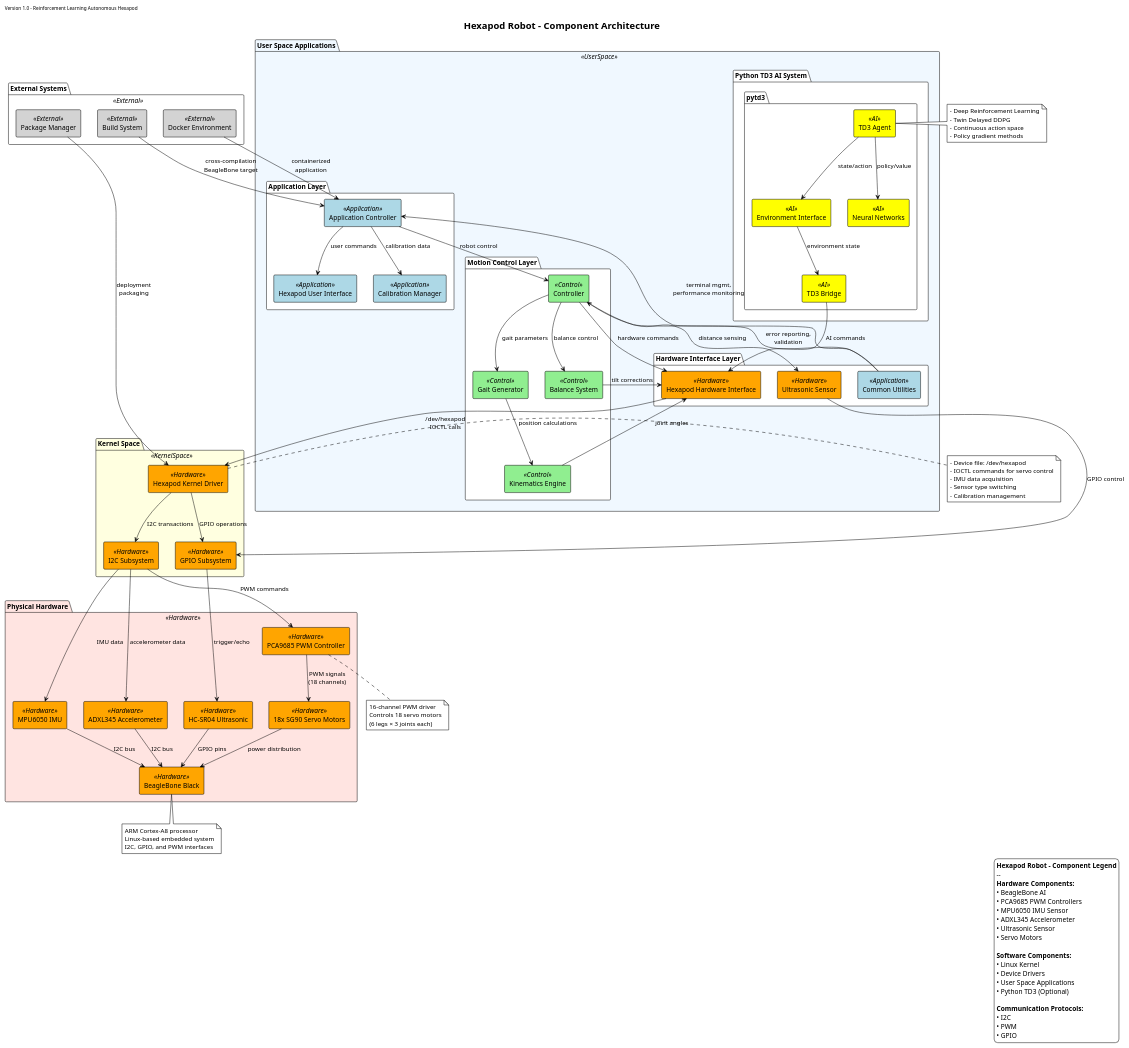
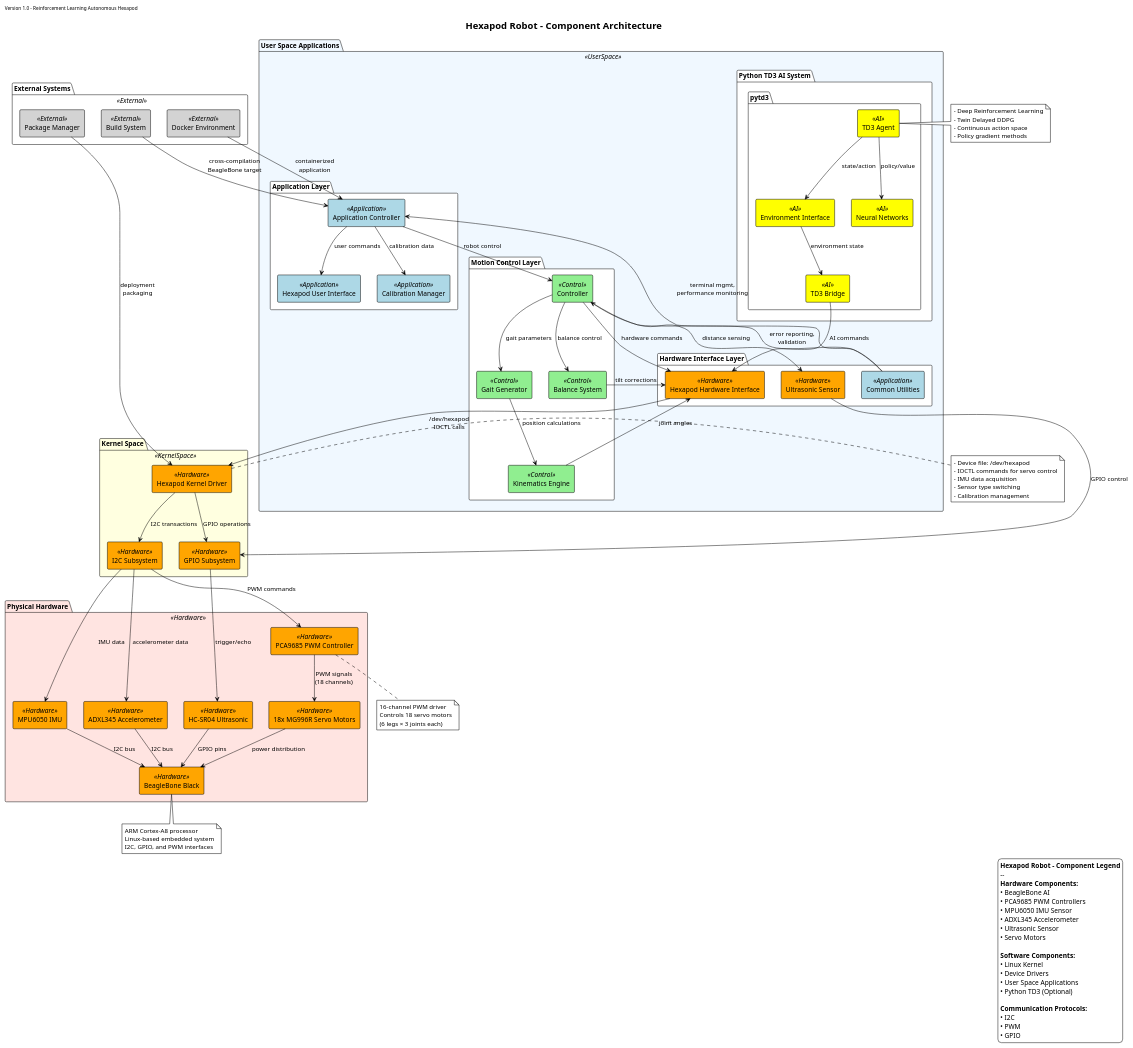
Before and after one commit to NguyenTrongPhuc552003/reinforcement-automative-hexapod: the diagram in docs/diagrams/src/component.puml, drawn with PlantUML. The commit also changed 4 other files, not shown here.

```diff
--- a/docs/diagrams/src/component.puml
+++ b/docs/diagrams/src/component.puml
@@ -20,178 +20,178 @@
 @startuml component
 !theme plain
 
 title <font size=20><b>Hexapod Robot - Component Architecture</b></font>
 left header Version 1.0 - Reinforcement Learning Autonomous Hexapod
 right header BeagleBone AI Platform
 
 skinparam {
     componentStyle rectangle
     backgroundColor White
 }
 
 skinparam component {
     BackgroundColor<<Application>> LightBlue
     BackgroundColor<<Control>> LightGreen
     BackgroundColor<<Hardware>> Orange
     BackgroundColor<<AI>> Yellow
     BackgroundColor<<External>> LightGray
 }
 
 skinparam package {
     BackgroundColor<<UserSpace>> AliceBlue
     BackgroundColor<<KernelSpace>> LightYellow
     BackgroundColor<<Hardware>> MistyRose
 }
 
 package "User Space Applications" <<UserSpace>> {
     
     package "Application Layer" {
         component [Application Controller] <<Application>> as AppCtrl
         component [Hexapod User Interface] <<Application>> as UI
         component [Calibration Manager] <<Application>> as CalMgr
     }
     
     package "Motion Control Layer" {
         component [Gait Generator] <<Control>> as GaitGen
         component [Kinematics Engine] <<Control>> as KinematicsEng
         component [Balance System] <<Control>> as BalSys
         component [Controller] <<Control>> as Ctrl
     }
     
     package "Hardware Interface Layer" {
         component [Hexapod Hardware Interface] <<Hardware>> as HexHW
         component [Ultrasonic Sensor] <<Hardware>> as USSensor
         component [Common Utilities] <<Application>> as CommonUtil
     }
     
     package "Python TD3 AI System" {
         package "pytd3" {
             component [TD3 Agent] <<AI>> as TD3Agent
             component [Environment Interface] <<AI>> as EnvInterface
             component [Neural Networks] <<AI>> as NeuralNets
             component [TD3 Bridge] <<AI>> as TD3Bridge
         }
     }
 }
 
 package "Kernel Space" <<KernelSpace>> {
     component [Hexapod Kernel Driver] <<Hardware>> as KernelDriver
     component [I2C Subsystem] <<Hardware>> as I2C
     component [GPIO Subsystem] <<Hardware>> as GPIO
 }
 
 package "Physical Hardware" <<Hardware>> {
     component [BeagleBone Black] <<Hardware>> as BBB
     component [PCA9685 PWM Controller] <<Hardware>> as PCA9685
     component [MPU6050 IMU] <<Hardware>> as MPU6050
     component [ADXL345 Accelerometer] <<Hardware>> as ADXL345
     component [HC-SR04 Ultrasonic] <<Hardware>> as HCSR04
-    component [18x SG90 Servo Motors] <<Hardware>> as Servos
+    component [18x MG996R Servo Motors] <<Hardware>> as Servos
 }
 
 package "External Systems" <<External>> {
     component [Docker Environment] <<External>> as Docker
     component [Build System] <<External>> as BuildSys
     component [Package Manager] <<External>> as PkgMgr
 }
 
 ' Application Layer Connections
 AppCtrl --> UI : "user commands"
 AppCtrl --> Ctrl : "robot control"
 AppCtrl --> CalMgr : "calibration data"
 
 ' Control Layer Connections
 Ctrl --> GaitGen : "gait parameters"
 Ctrl --> BalSys : "balance control"
 Ctrl --> HexHW : "hardware commands"
 GaitGen --> KinematicsEng : "position calculations"
 KinematicsEng --> HexHW : "joint angles"
 BalSys --> HexHW : "tilt corrections"
 
 ' Hardware Interface Connections
 HexHW --> KernelDriver : "/dev/hexapod\nIOCTL calls"
 USSensor --> GPIO : "GPIO control"
 Ctrl --> USSensor : "distance sensing"
 
 ' AI System Connections
 TD3Agent --> EnvInterface : "state/action"
 TD3Agent --> NeuralNets : "policy/value"
 TD3Bridge --> HexHW : "AI commands"
 EnvInterface --> TD3Bridge : "environment state"
 
 ' Kernel Connections
 KernelDriver --> I2C : "I2C transactions"
 KernelDriver --> GPIO : "GPIO operations"
 I2C --> PCA9685 : "PWM commands"
 I2C --> MPU6050 : "IMU data"
 I2C --> ADXL345 : "accelerometer data"
 GPIO --> HCSR04 : "trigger/echo"
 
 ' Hardware Connections
 PCA9685 --> Servos : "PWM signals\n(18 channels)"
 MPU6050 --> BBB : "I2C bus"
 ADXL345 --> BBB : "I2C bus"
 HCSR04 --> BBB : "GPIO pins"
 Servos --> BBB : "power distribution"
 
 ' External System Connections
 Docker --> AppCtrl : "containerized\napplication"
 BuildSys --> AppCtrl : "cross-compilation\nBeagleBone target"
 PkgMgr --> KernelDriver : "deployment\npackaging"
 
 ' Common Utilities Connections
 CommonUtil --> AppCtrl : "terminal mgmt,\nperformance monitoring"
 CommonUtil --> Ctrl : "error reporting,\nvalidation"
 
 ' Notes for key components
 note right of KernelDriver
   - Device file: /dev/hexapod
   - IOCTL commands for servo control
   - IMU data acquisition
   - Sensor type switching
   - Calibration management
 end note
 
 note right of TD3Agent
   - Deep Reinforcement Learning
   - Twin Delayed DDPG
   - Continuous action space
   - Policy gradient methods
 end note
 
 note bottom of PCA9685
   16-channel PWM driver
   Controls 18 servo motors
   (6 legs × 3 joints each)
 end note
 
 note bottom of BBB
   ARM Cortex-A8 processor
   Linux-based embedded system
   I2C, GPIO, and PWM interfaces
 end note
 
 legend right
   <b>Hexapod Robot - Component Legend</b>
   --
   <b>Hardware Components:</b>
   • BeagleBone AI
   • PCA9685 PWM Controllers
   • MPU6050 IMU Sensor
   • ADXL345 Accelerometer
   • Ultrasonic Sensor
   • Servo Motors
 
   <b>Software Components:</b>
   • Linux Kernel
   • Device Drivers
   • User Space Applications
   • Python TD3 (Optional)
 
   <b>Communication Protocols:</b>
   • I2C
   • PWM
   • GPIO
 end legend
 
 @enduml
```
